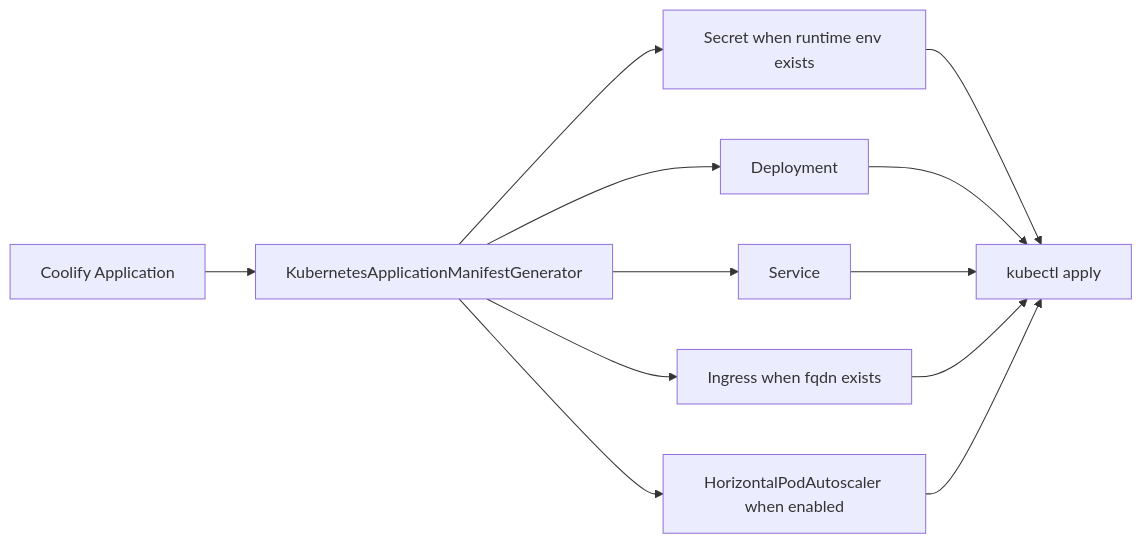
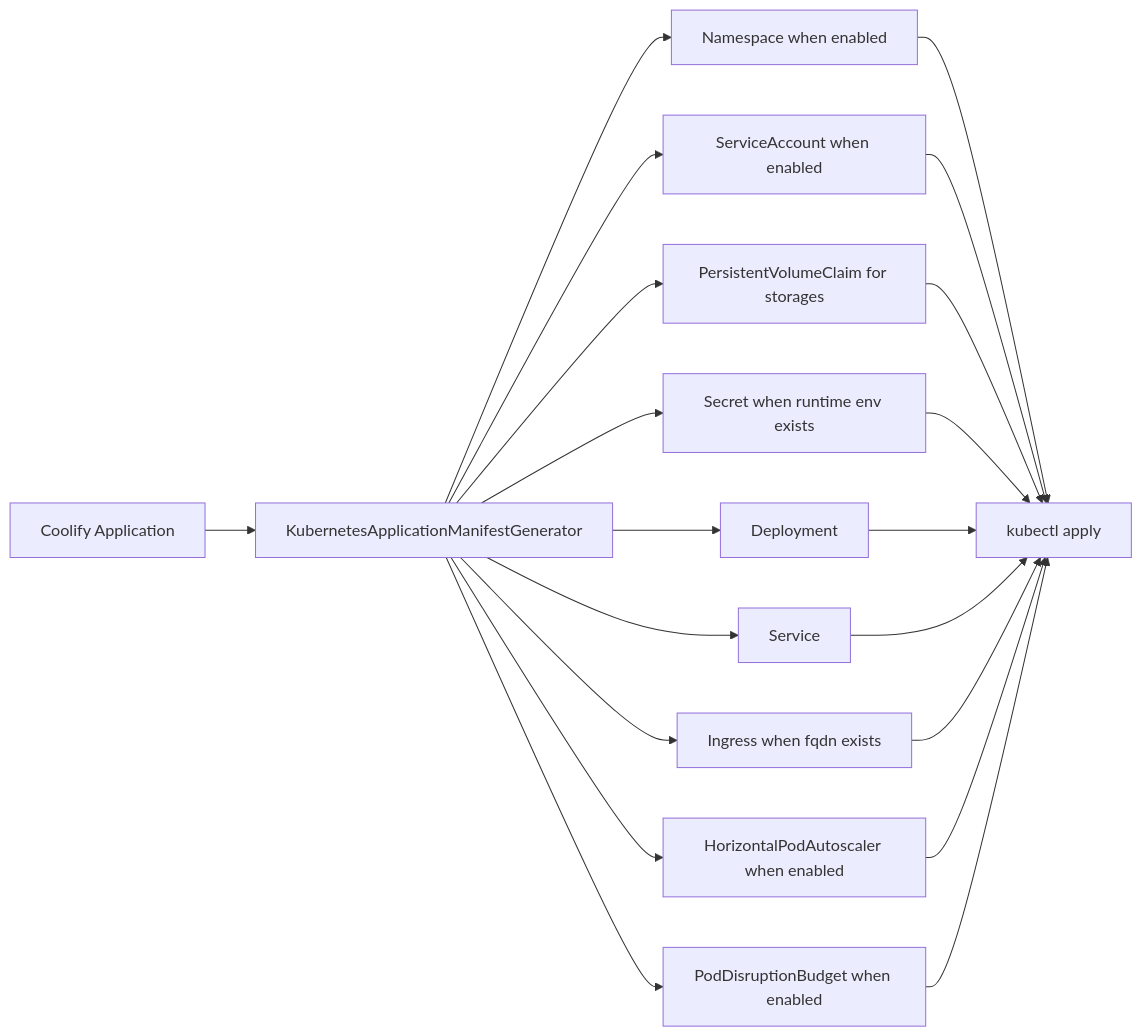
One commit to coollabsio/coolify changed the second of 3 diagrams in docs/specs/20260518-kubernetes-destination-foundation.md. Above: the diagram before and after it, drawn with Mermaid. The commit also changed other lines of this file and 15 other files, not shown here.

````diff
--- a/docs/specs/20260518-kubernetes-destination-foundation.md
+++ b/docs/specs/20260518-kubernetes-destination-foundation.md
@@ -76,14 +86,22 @@
 ```mermaid
 flowchart LR
     A["Coolify Application"] --> B["KubernetesApplicationManifestGenerator"]
-    B --> C["Secret when runtime env exists"]
-    B --> D["Deployment"]
-    B --> E["Service"]
-    B --> F["Ingress when fqdn exists"]
-    B --> G["HorizontalPodAutoscaler when enabled"]
-    C --> H["kubectl apply"]
-    D --> H
-    E --> H
-    F --> H
-    G --> H
+    B --> C["Namespace when enabled"]
+    B --> D["ServiceAccount when enabled"]
+    B --> E["PersistentVolumeClaim for storages"]
+    B --> F["Secret when runtime env exists"]
+    B --> G["Deployment"]
+    B --> H["Service"]
+    B --> I["Ingress when fqdn exists"]
+    B --> J["HorizontalPodAutoscaler when enabled"]
+    B --> K["PodDisruptionBudget when enabled"]
+    C --> L["kubectl apply"]
+    D --> L
+    E --> L
+    F --> L
+    G --> L
+    H --> L
+    I --> L
+    J --> L
+    K --> L
 ```
````
